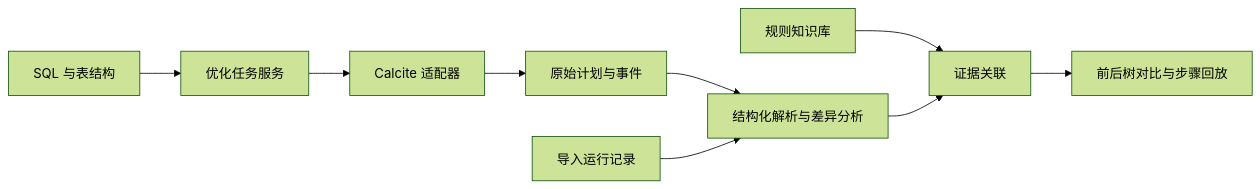
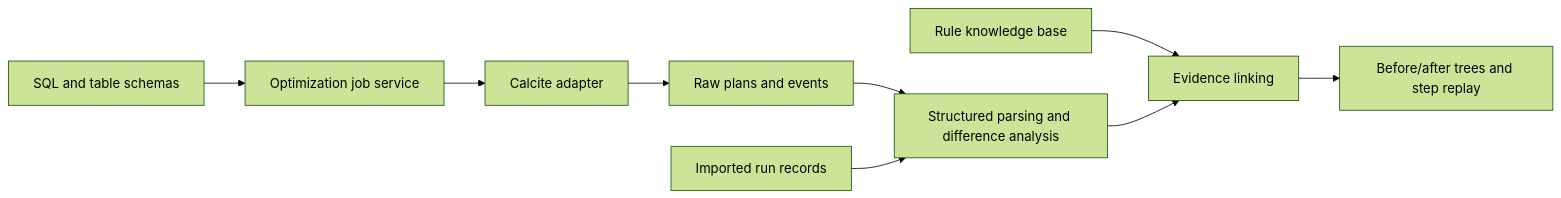
One commit to weiqxu/OptiLens changed the diagram in plan/implementation-plan.md. Above: the diagram before and after it, drawn with Mermaid (forest theme). The commit also changed other lines of this file and 2 other files, not shown here.

````diff
--- a/plan/implementation-plan.md
+++ b/plan/implementation-plan.md
@@ -61,11 +72,11 @@
 ```mermaid
 flowchart LR
-    A[SQL 与表结构] --> B[优化任务服务]
-    B --> C[Calcite 适配器]
-    C --> D[原始计划与事件]
-    D --> E[结构化解析与差异分析]
-    F[规则知识库] --> G[证据关联]
+    A[SQL and table schemas] --> B[Optimization job service]
+    B --> C[Calcite adapter]
+    C --> D[Raw plans and events]
+    D --> E[Structured parsing and difference analysis]
+    F[Rule knowledge base] --> G[Evidence linking]
     E --> G
-    G --> H[前后树对比与步骤回放]
-    I[导入运行记录] --> E
+    G --> H[Before/after trees and step replay]
+    I[Imported run records] --> E
 ```
````
